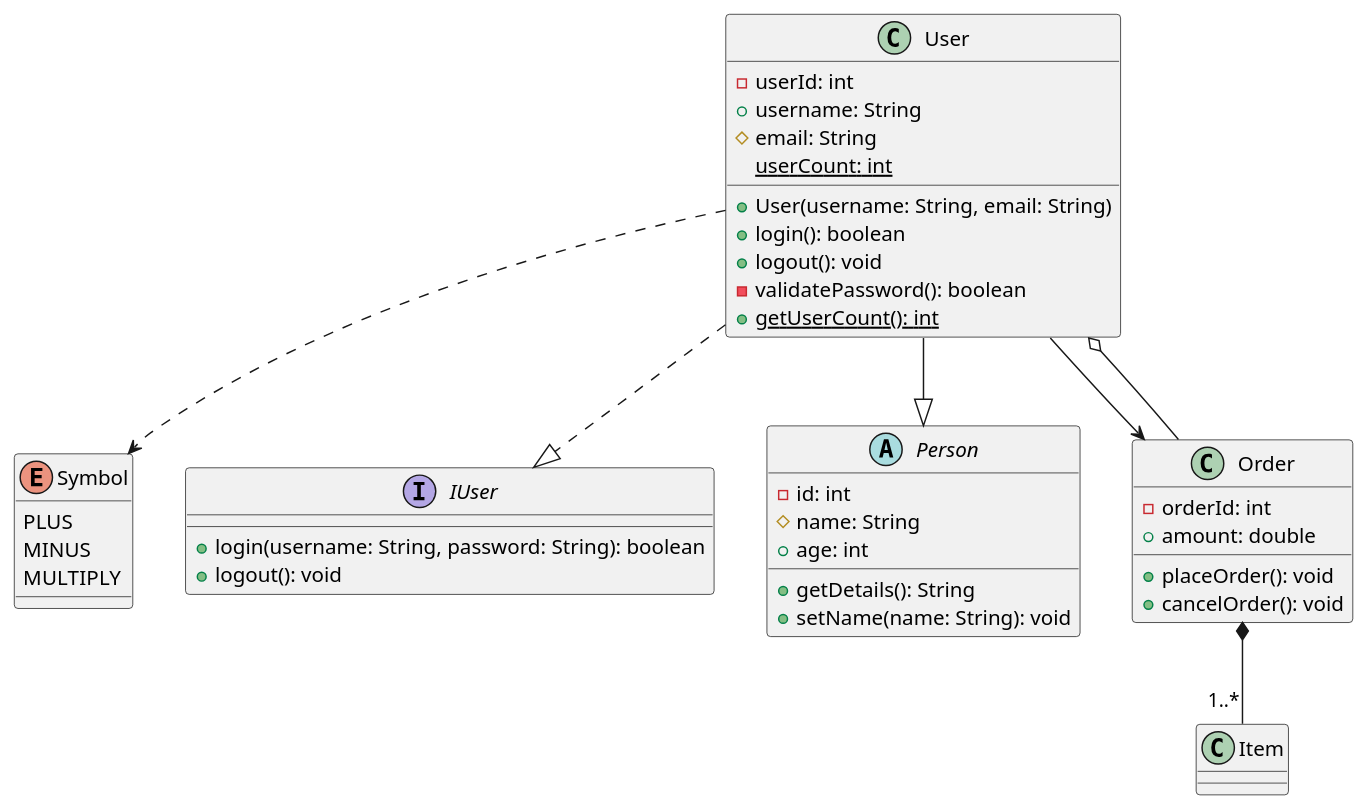
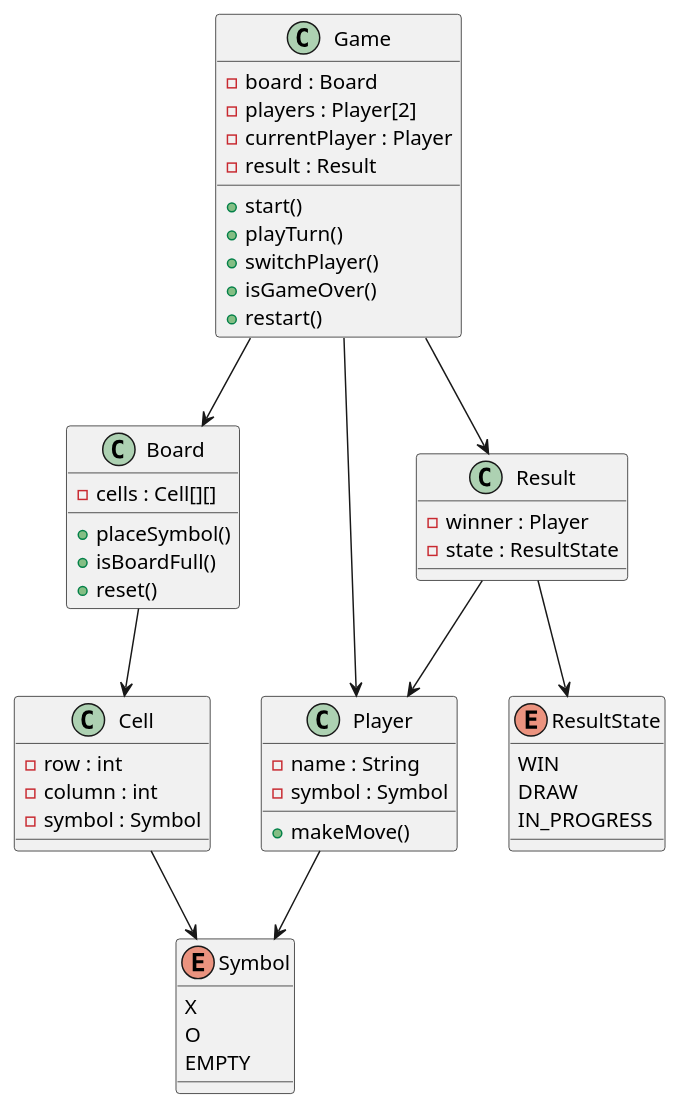
One commit to Rishikesh75/Coding changed the diagram in LLD/AdvancedProblems/TicTacToe/sample.puml. Above: the diagram before and after it, drawn with PlantUML. The commit also changed 15 other files, not shown here.

```diff
--- a/LLD/AdvancedProblems/TicTacToe/sample.puml
+++ b/LLD/AdvancedProblems/TicTacToe/sample.puml
@@ -1,86 +1,88 @@
 @startuml
 
-'======================
-' ENUM
-'======================
-enum Symbol {
-    PLUS
-    MINUS
-    MULTIPLY
+' =====================
+' Classes
+' =====================
+class Board
+{
+-cells : Cell[][]
+
++placeSymbol()
++isBoardFull()
++reset()
 }
 
-'======================
-' INTERFACE
-'======================
-interface IUser {
-    +login(username: String, password: String): boolean
-    +logout(): void
+class Player{
+-name : String
+-symbol : Symbol
+
++makeMove()
 }
 
-'======================
-' ABSTRACT CLASS
-'======================
-abstract class Person {
-    -id: int
-    #name: String
-    +age: int
+class Game
+{
+-board : Board
+-players : Player[2]
+-currentPlayer : Player
+-result : Result
 
-    +getDetails(): String
-    +setName(name: String): void
++start()
++playTurn()
++switchPlayer()
++isGameOver()
++restart()
 }
 
-'======================
-' CLASS WITH MEMBERS
-'======================
-class User {
-    ' Fields / Attributes
-    -userId: int
-    +username: String
-    #email: String
-    {static} userCount: int
+class Result
+{
+-winner : Player
+-state : ResultState
+}
 
-    ' Constructor
-    +User(username: String, email: String)
+class Cell
+{
+-row : int
+-column : int
+- symbol : Symbol
+}
+' ======================
+' Interfaces
+' ======================
 
 
-    ' Methods
-    +login(): boolean
-    +logout(): void
-    -validatePassword(): boolean
-    {static} +getUserCount(): int
+
+' ======================
+' Enums
+' ======================
+enum Symbol
+{
+X
+O
+EMPTY
 }
 
-'======================
-' ANOTHER CLASS
-'======================
-class Order {
-    -orderId: int
-    +amount: double
-
-    +placeOrder(): void
-    +cancelOrder(): void
+enum ResultState
+{
+WIN
+DRAW
+IN_PROGRESS
 }
 
-'======================
-' RELATIONSHIPS
-'======================
 
-' Inheritance (User extends Person)
-User --|> Person
 
-' Interface implementation
-User ..|> IUser
+' ======================
+' Relationships
+' ======================
+Game --> Board
+Game --> Player
+Game --> Result
 
-' Association
-User --> Order
+Cell --> Symbol
 
-' Aggregation (weak relationship)
-User o-- Order
+Result --> ResultState
+Result --> Player
 
-' Composition (strong relationship)
-Order *-- "1..*" Item
+Board --> Cell
 
-' Dependency
-User ..> Symbol
-
+Player --> Symbol
 @enduml
```
